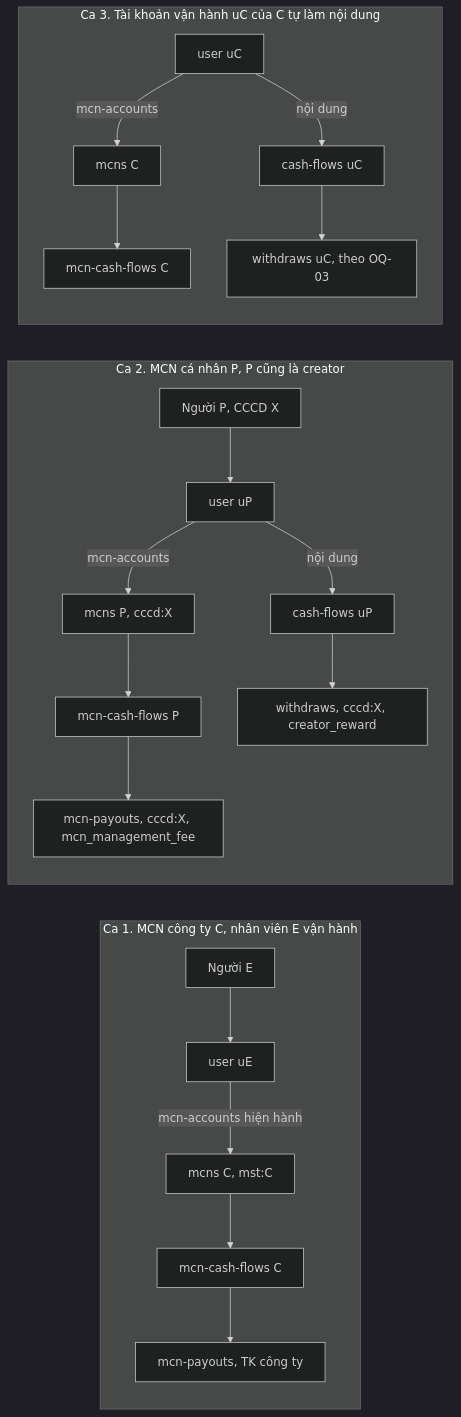
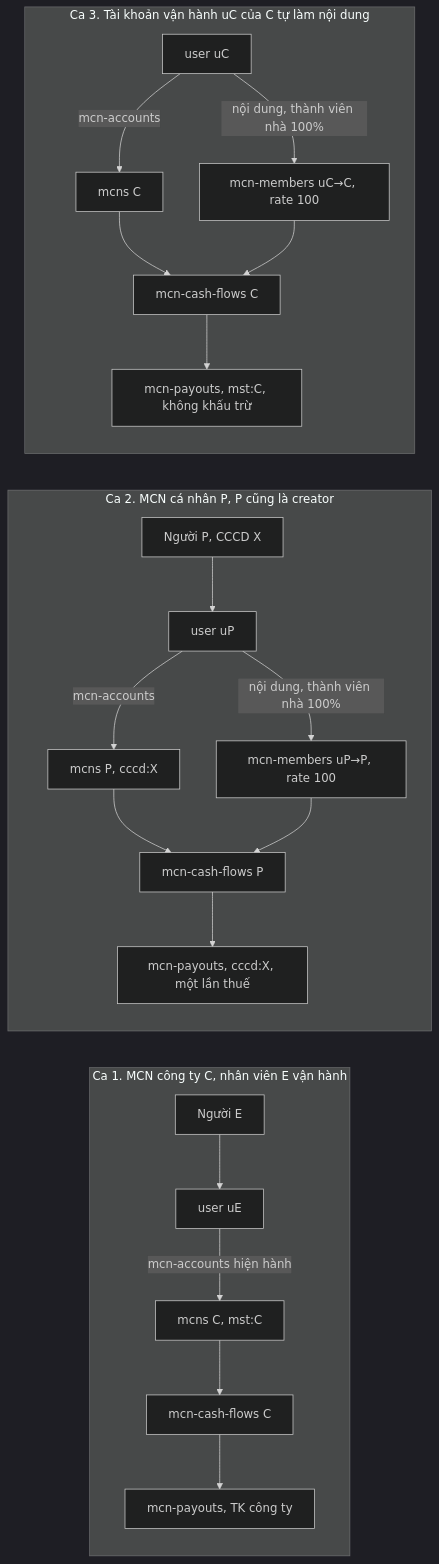
Before and after one commit to viewboost/accesstrade-docs: the first of 10 diagrams in mcn/techspec-mcn-phase1-2026-11-04.md, drawn with Mermaid (dark theme). The commit also changed other lines of this file, not shown here.

Commit message:
docs(mcn): tech spec MCN phase 1 v2.1 theo hop 10/11 - tai khoan nha MCN 100% (mot lan chi, mot lan thue cho MCN kiem creator), moc ap dung theo chien dich, lenh chi MCN theo chien dich va nguong thue theo nhom, rollout theo moc thoi gian, cap nhat cau hoi mo va rui ro

````diff
--- a/mcn/techspec-mcn-phase1-2026-11-04.md
+++ b/mcn/techspec-mcn-phase1-2026-11-04.md
@@ -56,14 +65,14 @@
 ```mermaid
 flowchart LR
   subgraph CA1["Ca 1. MCN công ty C, nhân viên E vận hành"]
     E1["Người E"] --> UE["user uE"] -- "mcn-accounts hiện hành" --> C1["mcns C, mst:C"] --> L1["mcn-cash-flows C"] --> P1["mcn-payouts, TK công ty"]
   end
   subgraph CA2["Ca 2. MCN cá nhân P, P cũng là creator"]
-    P2["Người P, CCCD X"] --> UP["user uP"] -- "mcn-accounts" --> M2["mcns P, cccd:X"] --> L2["mcn-cash-flows P"] --> P2O["mcn-payouts, cccd:X, mcn_management_fee"]
-    UP -- "nội dung" --> CF2["cash-flows uP"] --> W2["withdraws, cccd:X, creator_reward"]
+    P2["Người P, CCCD X"] --> UP["user uP"] -- "mcn-accounts" --> M2["mcns P, cccd:X"] --> L2["mcn-cash-flows P"] --> P2O["mcn-payouts, cccd:X, một lần thuế"]
+    UP -- "nội dung, thành viên nhà 100%" --> MB2["mcn-members uP→P, rate 100"] --> L2
   end
   subgraph CA3["Ca 3. Tài khoản vận hành uC của C tự làm nội dung"]
-    UC["user uC"] -- "mcn-accounts" --> C3["mcns C"] --> L3["mcn-cash-flows C"]
-    UC -- "nội dung" --> CF3["cash-flows uC"] --> W3["withdraws uC, theo OQ-03"]
+    UC["user uC"] -- "mcn-accounts" --> C3["mcns C"] --> L3["mcn-cash-flows C"] --> P3O["mcn-payouts, mst:C, không khấu trừ"]
+    UC -- "nội dung, thành viên nhà 100%" --> MB3["mcn-members uC→C, rate 100"] --> L3
   end
 ```
````
